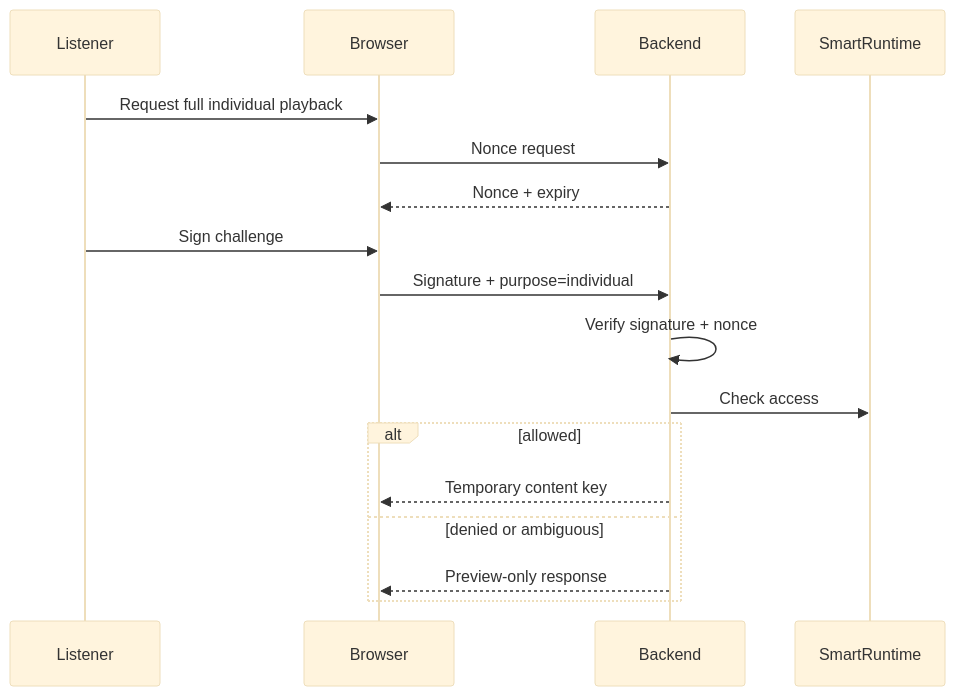
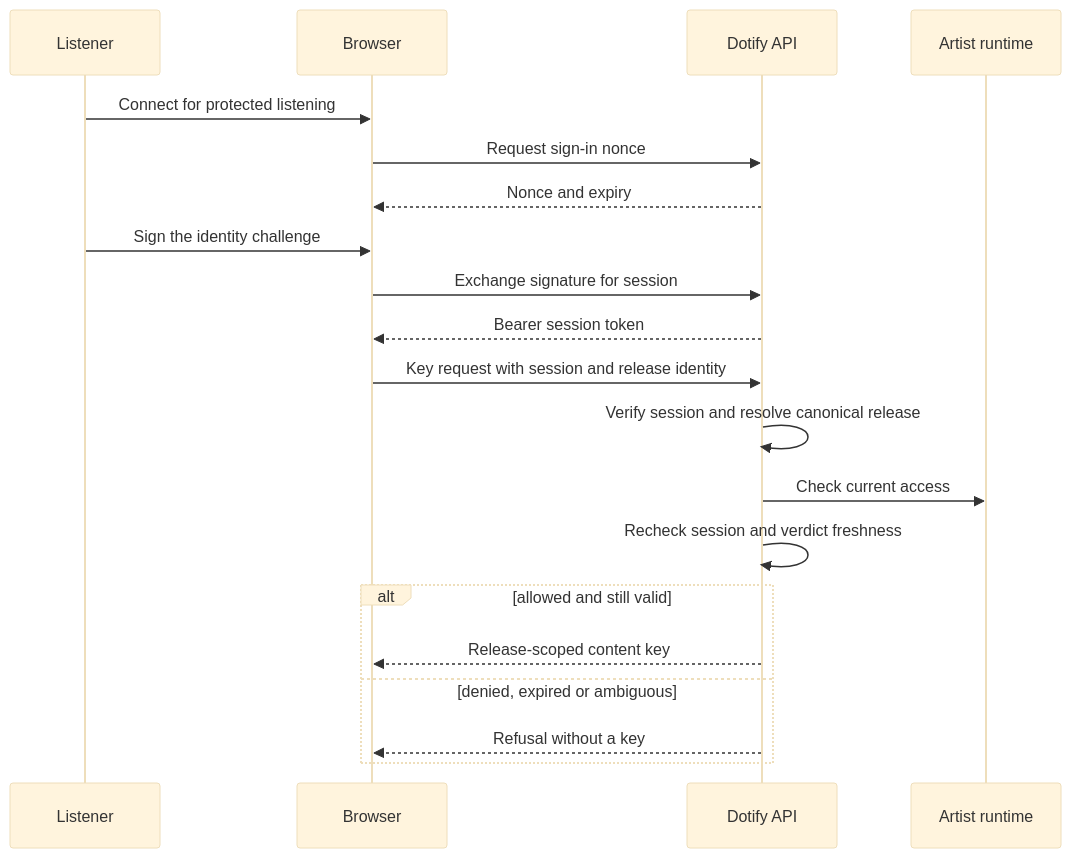
One commit to knzeng-e/dotify changed the second of 3 diagrams in docs/security/content-key-delivery-threat-model.md. Above: the diagram before and after it, drawn with Mermaid (base theme). The commit also changed other lines of this file and 20 other files, not shown here.

````diff
--- a/docs/security/content-key-delivery-threat-model.md
+++ b/docs/security/content-key-delivery-threat-model.md
@@ -57,20 +63,23 @@
 ```mermaid
 sequenceDiagram
   participant U as Listener
   participant B as Browser
-  participant API as Backend
-  participant RT as SmartRuntime
+  participant API as Dotify API
+  participant RT as Artist runtime
 
-  U->>B: Request full individual playback
-  B->>API: Nonce request
-  API-->>B: Nonce + expiry
-  U->>B: Sign challenge
-  B->>API: Signature + purpose=individual
-  API->>API: Verify signature + nonce
-  API->>RT: Check access
-  alt allowed
-    API-->>B: Temporary content key
-  else denied or ambiguous
-    API-->>B: Preview-only response
+  U->>B: Connect for protected listening
+  B->>API: Request sign-in nonce
+  API-->>B: Nonce and expiry
+  U->>B: Sign the identity challenge
+  B->>API: Exchange signature for session
+  API-->>B: Bearer session token
+  B->>API: Key request with session and release identity
+  API->>API: Verify session and resolve canonical release
+  API->>RT: Check current access
+  API->>API: Recheck session and verdict freshness
+  alt allowed and still valid
+    API-->>B: Release-scoped content key
+  else denied, expired or ambiguous
+    API-->>B: Refusal without a key
   end
 ```
````
